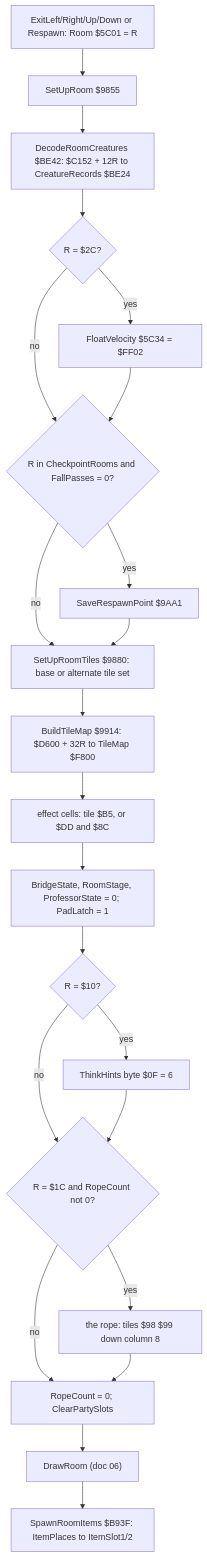
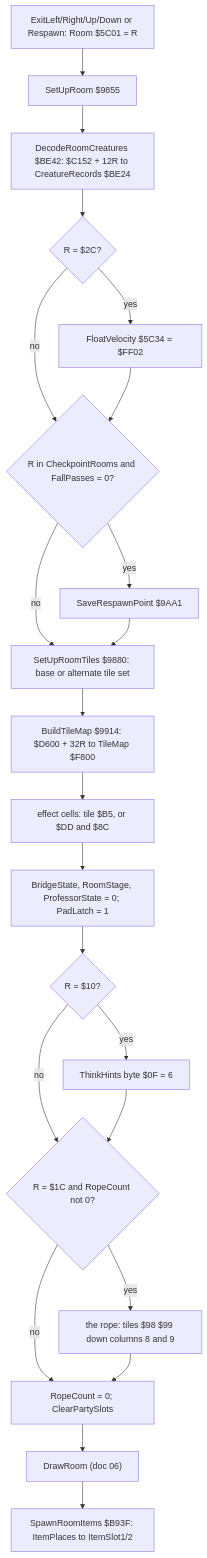
The second of 16 diagrams in games/terramex/docs/07-objects.md (alfishe/unrealng-reverse-cases), drawn with Mermaid before and after one commit. The commit also changed 31 other files, not shown here.

````diff
--- a/games/terramex/docs/07-objects.md
+++ b/games/terramex/docs/07-objects.md
@@ -200,24 +200,24 @@
 ```mermaid
 flowchart TD
     Exit["ExitLeft/Right/Up/Down or Respawn: Room $5C01 = R"] --> SUR["SetUpRoom $9855"]
     SUR --> DRC["DecodeRoomCreatures $BE42: $C152 + 12R to CreatureRecords $BE24"]
     DRC --> FV{"R = $2C?"}
     FV -- yes --> FVS["FloatVelocity $5C34 = $FF02"]
     FV -- no --> CP
     FVS --> CP{"R in CheckpointRooms and FallPasses = 0?"}
     CP -- yes --> SRP["SaveRespawnPoint $9AA1"]
     CP -- no --> SURT
     SRP --> SURT["SetUpRoomTiles $9880: base or alternate tile set"]
     SURT --> BTM["BuildTileMap $9914: $D600 + 32R to TileMap $F800"]
     BTM --> EC["effect cells: tile $B5, or $DD and $8C"]
     EC --> CLR["BridgeState, RoomStage, ProfessorState = 0; PadLatch = 1"]
     CLR --> R10{"R = $10?"}
     R10 -- yes --> TH["ThinkHints byte $0F = 6"]
     R10 -- no --> ROPE
     TH --> ROPE{"R = $1C and RopeCount not 0?"}
-    ROPE -- yes --> RT["the rope: tiles $98 $99 down column 8"]
+    ROPE -- yes --> RT["the rope: tiles $98 $99 down columns 8 and 9"]
     ROPE -- no --> RC0
     RT --> RC0["RopeCount = 0; ClearPartySlots"]
     RC0 --> DR["DrawRoom (doc 06)"]
     DR --> SRI["SpawnRoomItems $B93F: ItemPlaces to ItemSlot1/2"]
 ```
````
